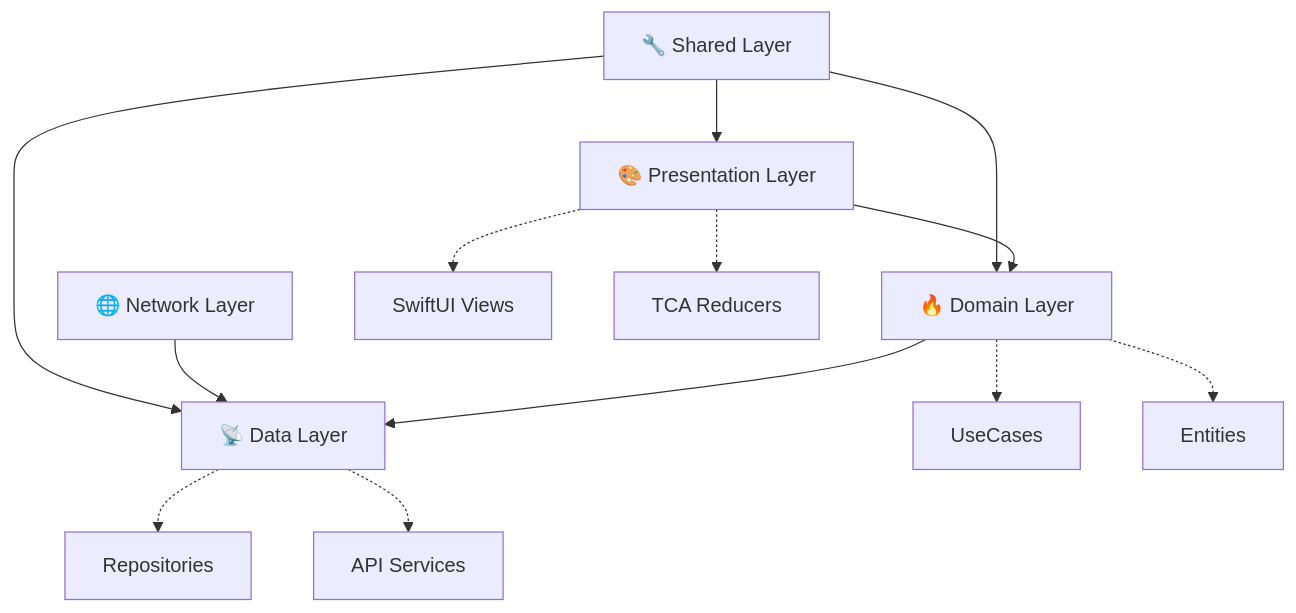
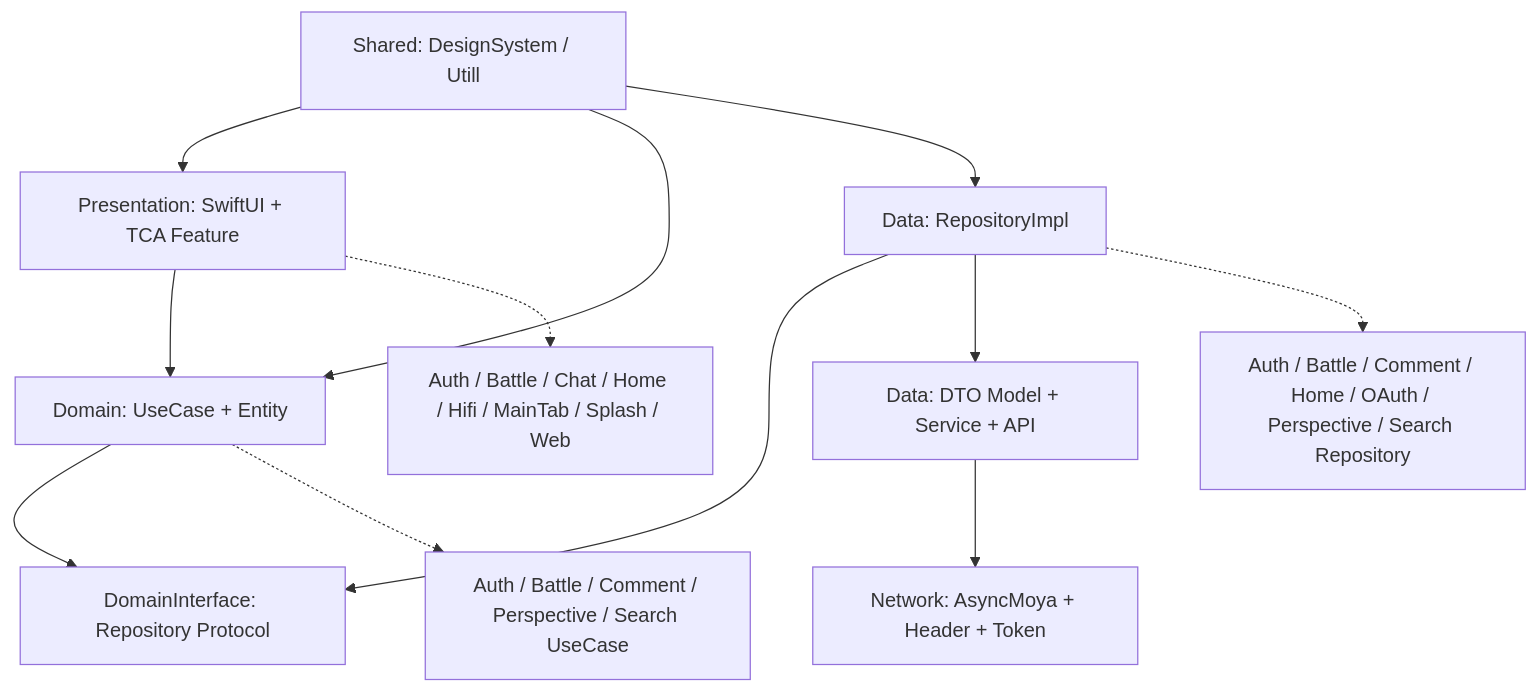
The diagram in README.md (SWYP-Find/Picke-iOS), drawn with Mermaid before and after one commit. The commit also changed other lines of this file, not shown here.

````diff
--- a/README.md
+++ b/README.md
@@ -130,16 +130,15 @@
 ```mermaid
 graph TD
-    A[🎨 Presentation Layer] --> B[🔥 Domain Layer]
-    B --> C[📡 Data Layer]
-    D[🌐 Network Layer] --> C
-    E[🔧 Shared Layer] --> A
-    E --> B
-    E --> C
+    A[Presentation: SwiftUI + TCA Feature] --> B[Domain: UseCase + Entity]
+    B --> C[DomainInterface: Repository Protocol]
+    D[Data: RepositoryImpl] --> C
+    D --> E[Data: DTO Model + Service + API]
+    E --> F[Network: AsyncMoya + Header + Token]
+    G[Shared: DesignSystem / Utill] --> A
+    G --> B
+    G --> D
 
-    A -.-> F[SwiftUI Views]
-    A -.-> G[TCA Reducers]
-    B -.-> H[UseCases]
-    B -.-> I[Entities]
-    C -.-> J[Repositories]
-    C -.-> K[API Services]
+    A -.-> H[Auth / Battle / Chat / Home / Hifi / MainTab / Splash / Web]
+    B -.-> I[Auth / Battle / Comment / Perspective / Search UseCase]
+    D -.-> J[Auth / Battle / Comment / Home / OAuth / Perspective / Search Repository]
 ```
````
